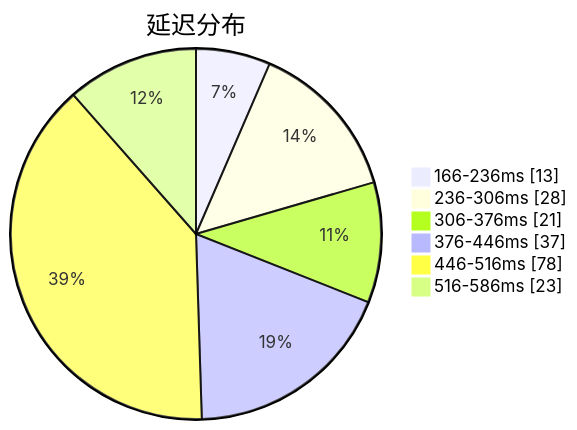
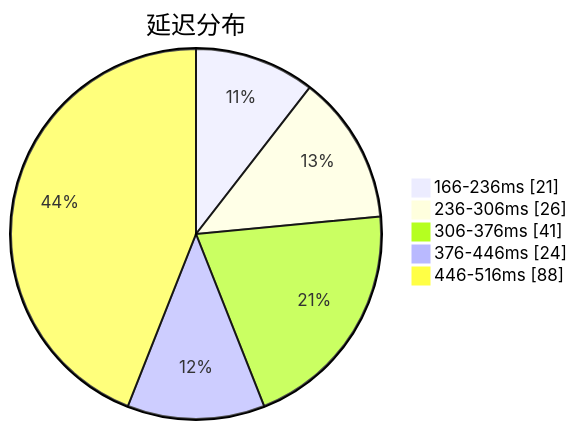
Before and after one commit to qjlxg/airport: the first of 3 diagrams in subs/statistics/tested_within.md, drawn with Mermaid. The commit also changed other lines of this file and 2 other files, not shown here.

````diff
--- a/subs/statistics/tested_within.md
+++ b/subs/statistics/tested_within.md
@@ -2,10 +2,9 @@
 ```mermaid
 pie showData
 title 延迟分布
-"166-236ms" : 13
-"236-306ms" : 28
-"306-376ms" : 21
-"376-446ms" : 37
-"446-516ms" : 78
-"516-586ms" : 23
+"166-236ms" : 21
+"236-306ms" : 26
+"306-376ms" : 41
+"376-446ms" : 24
+"446-516ms" : 88
 ```
````
